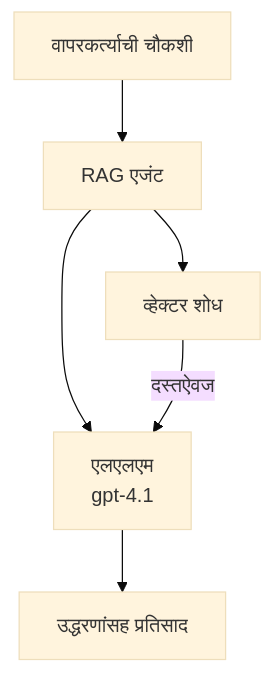
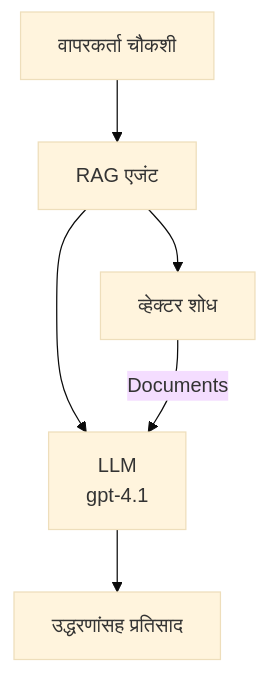
The second of 3 diagrams in translations/mr/docs/chapter-02-ai-development/agents.md (microsoft/AZD-for-beginners), drawn with Mermaid (base theme) before and after one commit. The commit also changed other lines of this file and 104 other files, not shown here.

````diff
--- a/translations/mr/docs/chapter-02-ai-development/agents.md
+++ b/translations/mr/docs/chapter-02-ai-development/agents.md
@@ -175,8 +181,8 @@
 ```mermaid
 graph TD
-    Query[वापरकर्त्याची चौकशी] --> RAG[RAG एजंट]
+    Query[वापरकर्ता चौकशी] --> RAG[RAG एजंट]
     RAG --> Vector[व्हेक्टर शोध]
-    RAG --> LLM[एलएलएम<br/>gpt-4.1]
-    Vector -- दस्तऐवज --> LLM
+    RAG --> LLM[LLM<br/>gpt-4.1]
+    Vector -- Documents --> LLM
     LLM --> Response[उद्धरणांसह प्रतिसाद]
 ```
````
